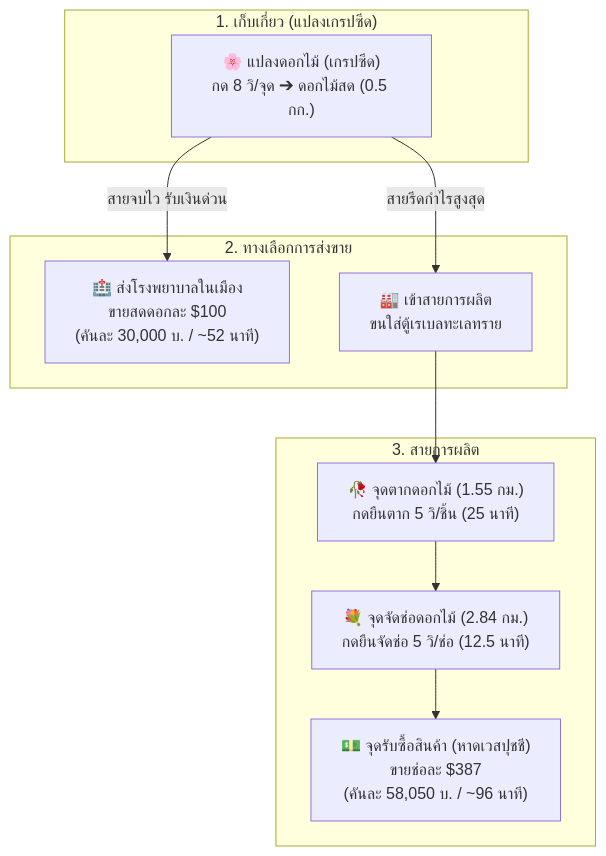
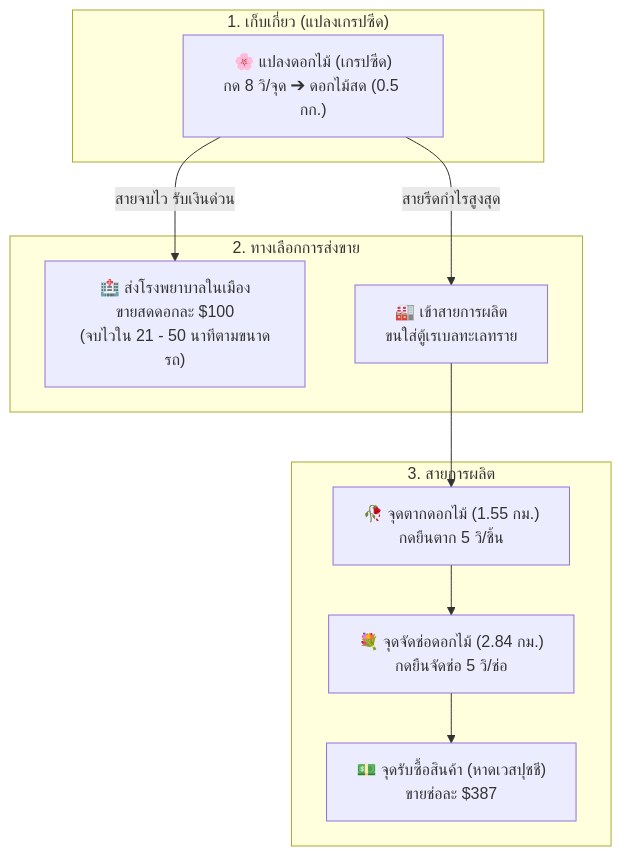
One commit to MatTew-png/runtown-wiki changed the diagram in docs/FLOWER_FARMING_MASTER_GUIDE.md. Above: the diagram before and after it, drawn with Mermaid. The commit also changed other lines of this file and 3 other files, not shown here.

Commit message:
docs: add 60kg, 120kg, and 150kg vehicle classes to both Pork and Flower master guides

````diff
--- a/docs/FLOWER_FARMING_MASTER_GUIDE.md
+++ b/docs/FLOWER_FARMING_MASTER_GUIDE.md
@@ -172,21 +142,21 @@
 ```mermaid
 flowchart TD
     subgraph Harvesting ["1. เก็บเกี่ยว (แปลงเกรปซีด)"]
         A["🌸 แปลงดอกไม้ (เกรปซีด)<br/>กด 8 วิ/จุด ➔ ดอกไม้สด (0.5 กก.)"]
     end
 
     subgraph Branch ["2. ทางเลือกการส่งขาย"]
-        RouteHosp["🏥 ส่งโรงพยาบาลในเมือง<br/>ขายสดดอกละ $100<br/>(คันละ 30,000 บ. / ~52 นาที)"]
+        RouteHosp["🏥 ส่งโรงพยาบาลในเมือง<br/>ขายสดดอกละ $100<br/>(จบไวใน 21 - 50 นาทีตามขนาดรถ)"]
         RouteProc["🏭 เข้าสายการผลิต<br/>ขนใส่ตู้เรเบลทะเลทราย"]
     end
 
     subgraph Processing ["3. สายการผลิต"]
-        B["🥀 จุดตากดอกไม้ (1.55 กม.)<br/>กดยืนตาก 5 วิ/ชิ้น (25 นาที)"]
-        C["💐 จุดจัดช่อดอกไม้ (2.84 กม.)<br/>กดยืนจัดช่อ 5 วิ/ช่อ (12.5 นาที)"]
-        D["💵 จุดรับซื้อสินค้า (หาดเวสปุชชี)<br/>ขายช่อละ $387<br/>(คันละ 58,050 บ. / ~96 นาที)"]
+        B["🥀 จุดตากดอกไม้ (1.55 กม.)<br/>กดยืนตาก 5 วิ/ชิ้น"]
+        C["💐 จุดจัดช่อดอกไม้ (2.84 กม.)<br/>กดยืนจัดช่อ 5 วิ/ช่อ"]
+        D["💵 จุดรับซื้อสินค้า (หาดเวสปุชชี)<br/>ขายช่อละ $387"]
     end
 
     A -->|"สายจบไว รับเงินด่วน"| RouteHosp
     A -->|"สายรีดกำไรสูงสุด"| RouteProc
     RouteProc --> B --> C --> D
 ```
````
